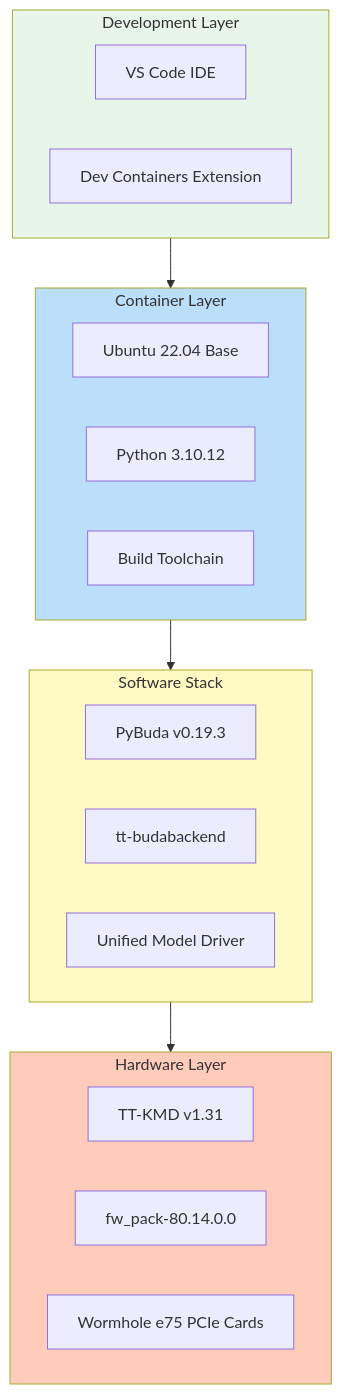
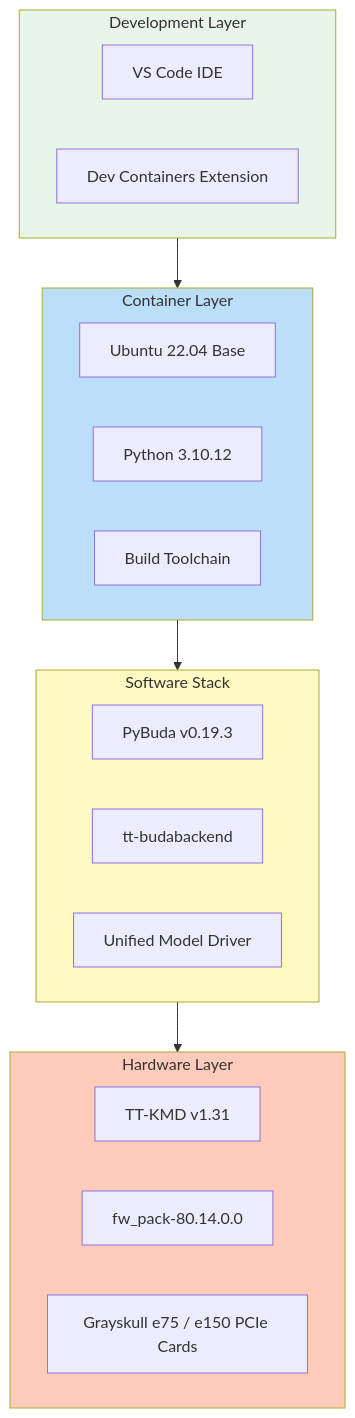
One commit to danindiana/tt-wormhole-e75-container changed the first of 7 diagrams in ARCHITECTURE.md. Above: the diagram before and after it, drawn with Mermaid. The commit also changed other lines of this file and 28 other files, not shown here.

````diff
--- a/ARCHITECTURE.md
+++ b/ARCHITECTURE.md
@@ -11,34 +11,34 @@
 ```mermaid
 graph TB
     subgraph Layer1["Development Layer"]
         VSCode["VS Code IDE"]
         DevContainer["Dev Containers Extension"]
     end
 
     subgraph Layer2["Container Layer"]
         OS["Ubuntu 22.04 Base"]
         Python["Python 3.10.12"]
         BuildTools["Build Toolchain"]
     end
 
     subgraph Layer3["Software Stack"]
         PyBuda["PyBuda v0.19.3"]
         Backend["tt-budabackend"]
         UMD["Unified Model Driver"]
     end
 
     subgraph Layer4["Hardware Layer"]
         Driver["TT-KMD v1.31"]
         Firmware["fw_pack-80.14.0.0"]
-        Hardware["Wormhole e75 PCIe Cards"]
+        Hardware["Grayskull e75 / e150 PCIe Cards"]
     end
 
     Layer1 --> Layer2
     Layer2 --> Layer3
     Layer3 --> Layer4
 
     style Layer1 fill:#E8F5E9
     style Layer2 fill:#BBDEFB
     style Layer3 fill:#FFF9C4
     style Layer4 fill:#FFCCBC
 ```
````
